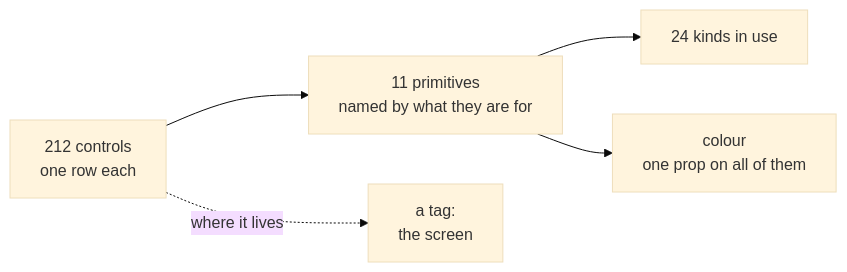
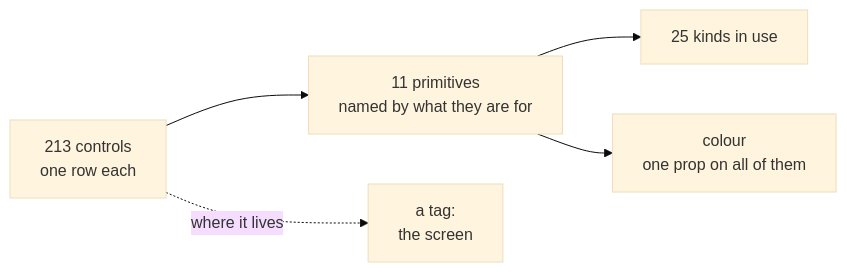
One commit to abossard/bossylights changed the diagram in docs/design/kit.md. Above: the diagram before and after it, drawn with Mermaid (base theme). The commit also changed other lines of this file and 39 other files, not shown here.

````diff
--- a/docs/design/kit.md
+++ b/docs/design/kit.md
@@ -6,7 +6,7 @@
 ```mermaid
 flowchart LR
-  R["212 controls<br/>one row each"] --> K["11 primitives<br/>named by what they are for"]
-  K --> V["24 kinds in use"]
+  R["213 controls<br/>one row each"] --> K["11 primitives<br/>named by what they are for"]
+  K --> V["25 kinds in use"]
   K --> C["colour<br/>one prop on all of them"]
   R -. "where it lives" .-> T["a tag:<br/>the screen"]
 ```
````
